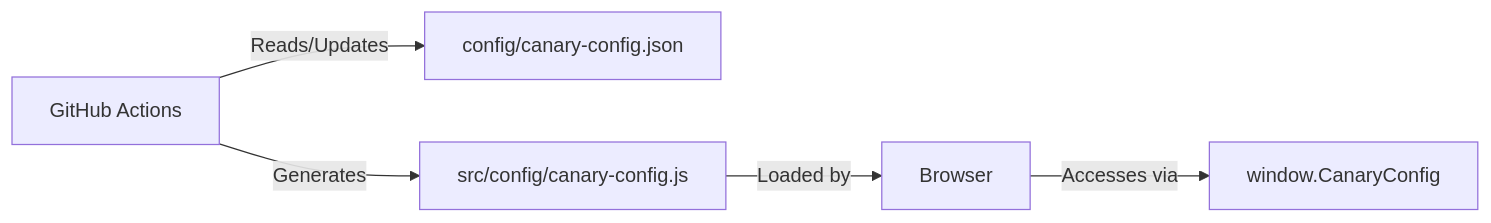
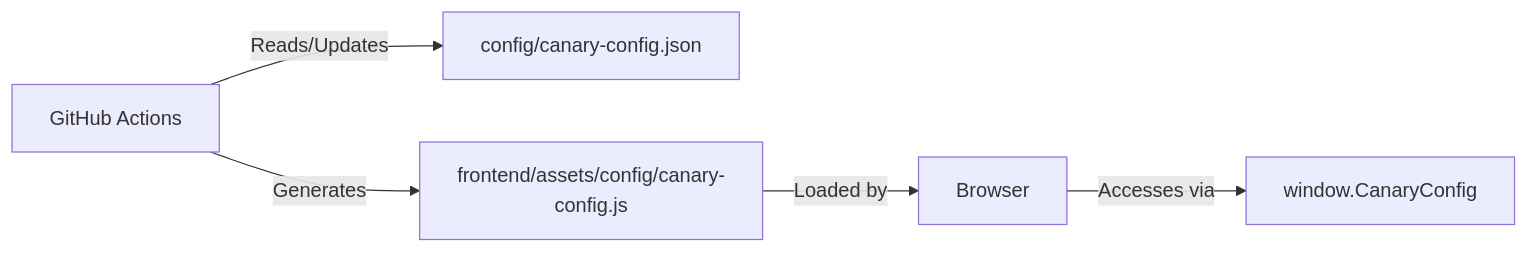
Before and after one commit to lloydchang/client-side-canary-deployment: the second of 2 diagrams in docs/WORKFLOWS.md, drawn with Mermaid. The commit also changed other lines of this file and 2 other files, not shown here.

````diff
--- a/docs/WORKFLOWS.md
+++ b/docs/WORKFLOWS.md
@@ -179,7 +179,7 @@
 ```mermaid
 graph LR
     A[GitHub Actions] -->|Reads/Updates| B[config/canary-config.json]
-    A -->|Generates| C[src/config/canary-config.js]
+    A -->|Generates| C[frontend/assets/config/canary-config.js]
     C -->|Loaded by| D[Browser]
     D -->|Accesses via| E[window.CanaryConfig]
 ```
````
